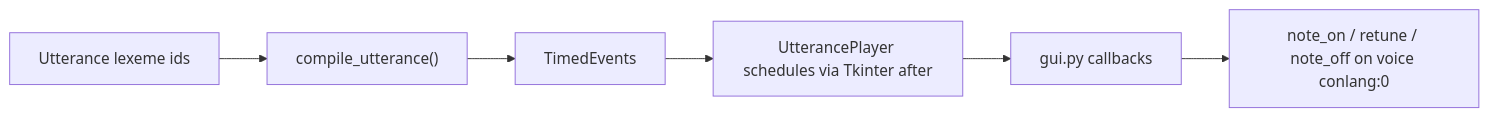
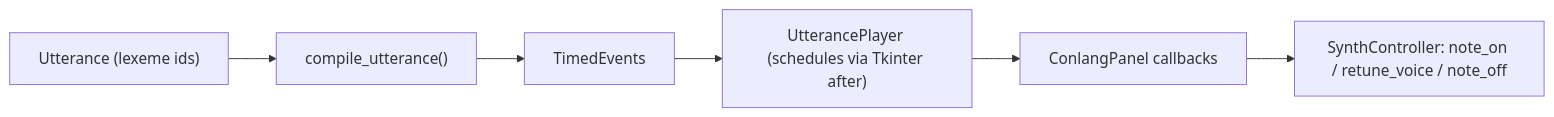
Before and after one commit to flowdevloping/teensy-synthesizer: the diagram in README.md, drawn with Mermaid. The commit also changed other lines of this file and 3 other files, not shown here.

````diff
--- a/README.md
+++ b/README.md
@@ -250,8 +237,8 @@
 ```mermaid
 flowchart LR
-  utterance["Utterance lexeme ids"] --> compile["compile_utterance()"]
+  utterance["Utterance (lexeme ids)"] --> compile["compile_utterance()"]
   compile --> events["TimedEvents"]
-  events --> player["UtterancePlayer schedules via Tkinter after"]
-  player --> gui["gui.py callbacks"]
-  gui --> synth["note_on / retune / note_off on voice conlang:0"]
+  events --> player["UtterancePlayer (schedules via Tkinter after)"]
+  player --> panel["ConlangPanel callbacks"]
+  panel --> synth["SynthController: note_on / retune_voice / note_off"]
 ```
````
